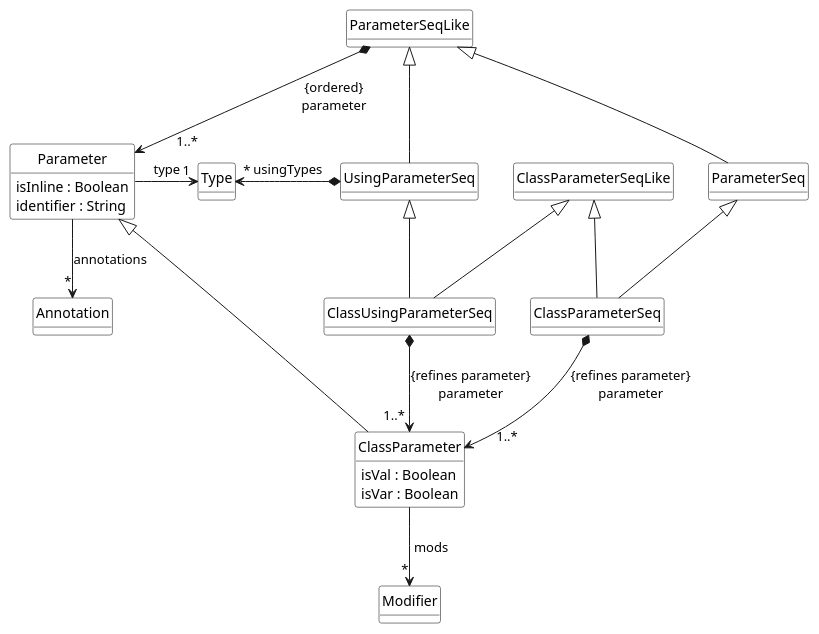
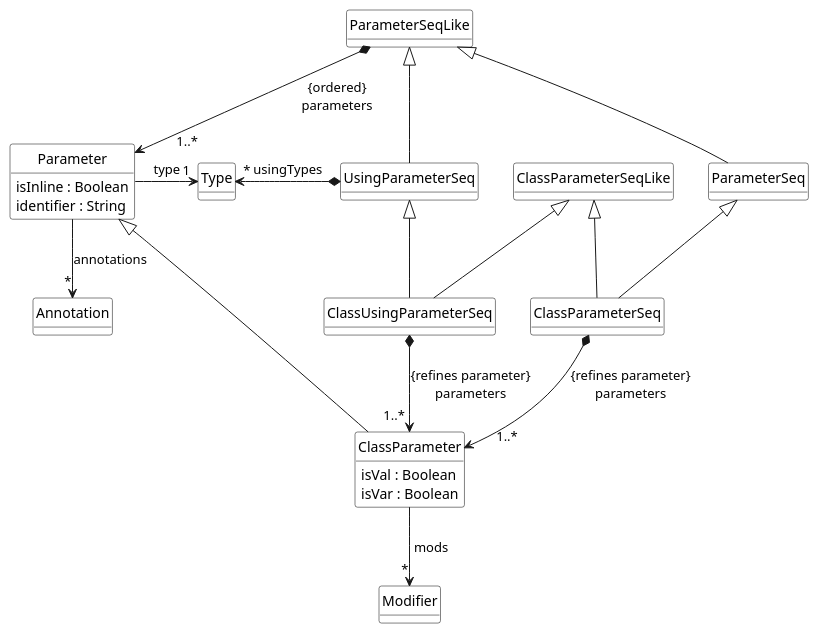
The diagram in scala-uml-meta/util/parameters.meta.puml (tizuck/scala-uml), drawn with PlantUML before and after one commit. The commit also changed 6 other files, not shown here.

```diff
--- a/scala-uml-meta/util/parameters.meta.puml
+++ b/scala-uml-meta/util/parameters.meta.puml
@@ -1,42 +1,42 @@
 @startuml
 
 class ParameterSeqLike 
 
 class Parameter {
     isInline : Boolean 
     identifier : String 
 }
 
 class ClassParameter extends Parameter {
     isVal : Boolean 
     isVar : Boolean 
 }
 
 ParameterSeqLike <|-- UsingParameterSeq
 ParameterSeqLike <|-- ParameterSeq 
 ParameterSeq <|-- ClassParameterSeq 
 UsingParameterSeq <|-- ClassUsingParameterSeq
 ClassParameterSeqLike <|-- ClassUsingParameterSeq 
 ClassParameterSeqLike <|-- ClassParameterSeq
 UsingParameterSeq *--left> "*" Type : usingTypes
-ParameterSeqLike *--> "          1..*" Parameter : {ordered}\nparameter
-ClassParameterSeq *--> "       1..*" ClassParameter : {refines parameter}\nparameter
-ClassUsingParameterSeq *--> "1..* " ClassParameter : {refines parameter}\nparameter
+ParameterSeqLike *--> "          1..*" Parameter : {ordered}\nparameters
+ClassParameterSeq *--> "       1..*" ClassParameter : {refines parameter}\nparameters
+ClassUsingParameterSeq *--> "1..* " ClassParameter : {refines parameter}\nparameters
 Parameter --> "*" Annotation : annotations
 Parameter --right> "1" Type : type 
 ClassParameter --> "*" Modifier : " mods"
 
 
 
 hide class circle
 hide class methods
 
 
 
 skinparam class {
     BackgroundColor White
     ArrowColor Black
     BorderColor Black
 }
 
 @enduml
```
